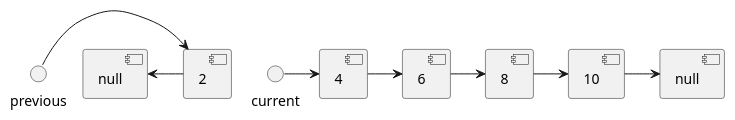
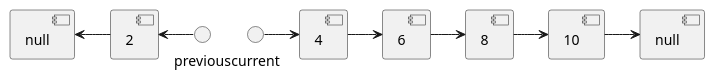
Before and after one commit to computer-science-engineering/learning-computer-science: the second of 7 diagrams in src/EducativeIo/GrokkingTheCodingInterview/Ch07_InPlaceReversalOfALinkedList/P1_ReverseALinkedList/readme.md, drawn with PlantUML. The commit also changed other lines of this file and 1 other file, not shown here.

````diff
--- a/src/EducativeIo/GrokkingTheCodingInterview/Ch07_InPlaceReversalOfALinkedList/P1_ReverseALinkedList/readme.md
+++ b/src/EducativeIo/GrokkingTheCodingInterview/Ch07_InPlaceReversalOfALinkedList/P1_ReverseALinkedList/readme.md
@@ -29,17 +29,17 @@
 ```plantuml
 @startuml
 component null1 [
     null
     ]
 component null2 [
     null
     ]
-previous -> [2]
 [null1] <- [2]
+[2] <- previous
 current -> [4]
 [4] -> [6]
 [6] -> [8]
 [8] -> [10]
 [10] -> [null2]
 @enduml
 ```
````
